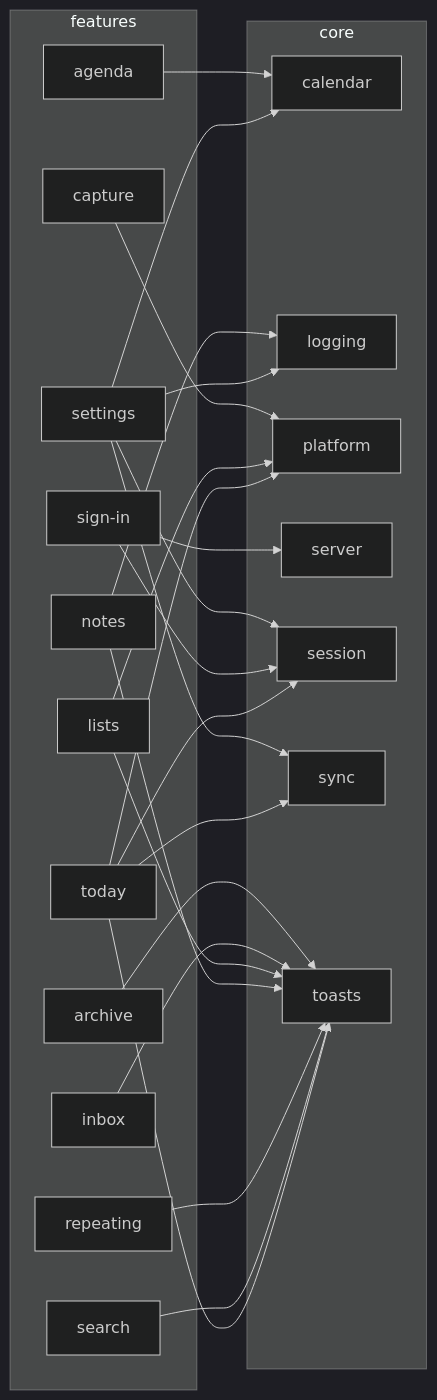
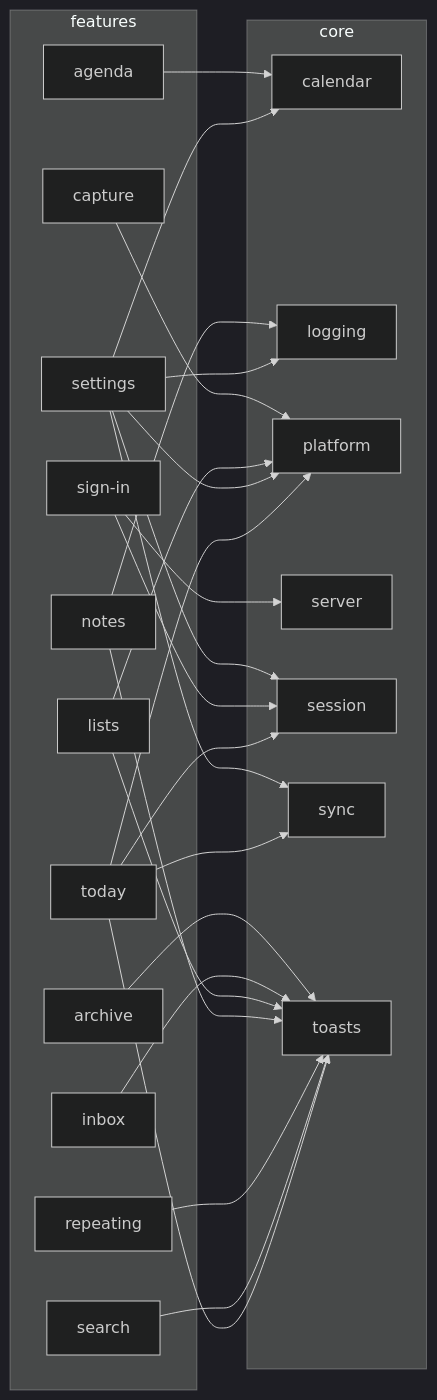
The diagram in docs/diagrams/03c-features-to-core.md (valde222/life_app), drawn with Mermaid (dark theme) before and after one commit. The commit also changed 21 other files, not shown here.

````diff
--- a/docs/diagrams/03c-features-to-core.md
+++ b/docs/diagrams/03c-features-to-core.md
@@ -5,45 +5,46 @@
 ```mermaid
 flowchart LR
   subgraph features["features"]
     features_agenda["agenda"]
     features_archive["archive"]
     features_capture["capture"]
     features_inbox["inbox"]
     features_lists["lists"]
     features_notes["notes"]
     features_repeating["repeating"]
     features_search["search"]
     features_settings["settings"]
     features_sign_in["sign-in"]
     features_today["today"]
   end
   subgraph core["core"]
     core_calendar["calendar"]
     core_logging["logging"]
     core_platform["platform"]
     core_server["server"]
     core_session["session"]
     core_sync["sync"]
     core_toasts["toasts"]
   end
   features_agenda --> core_calendar
   features_archive --> core_toasts
   features_capture --> core_platform
   features_inbox --> core_toasts
   features_lists --> core_platform
   features_lists --> core_toasts
   features_notes --> core_logging
   features_notes --> core_toasts
   features_repeating --> core_toasts
   features_search --> core_toasts
   features_settings --> core_calendar
   features_settings --> core_logging
+  features_settings --> core_platform
   features_settings --> core_session
   features_settings --> core_sync
   features_sign_in --> core_server
   features_sign_in --> core_session
   features_today --> core_platform
   features_today --> core_session
   features_today --> core_sync
   features_today --> core_toasts
 ```
````
